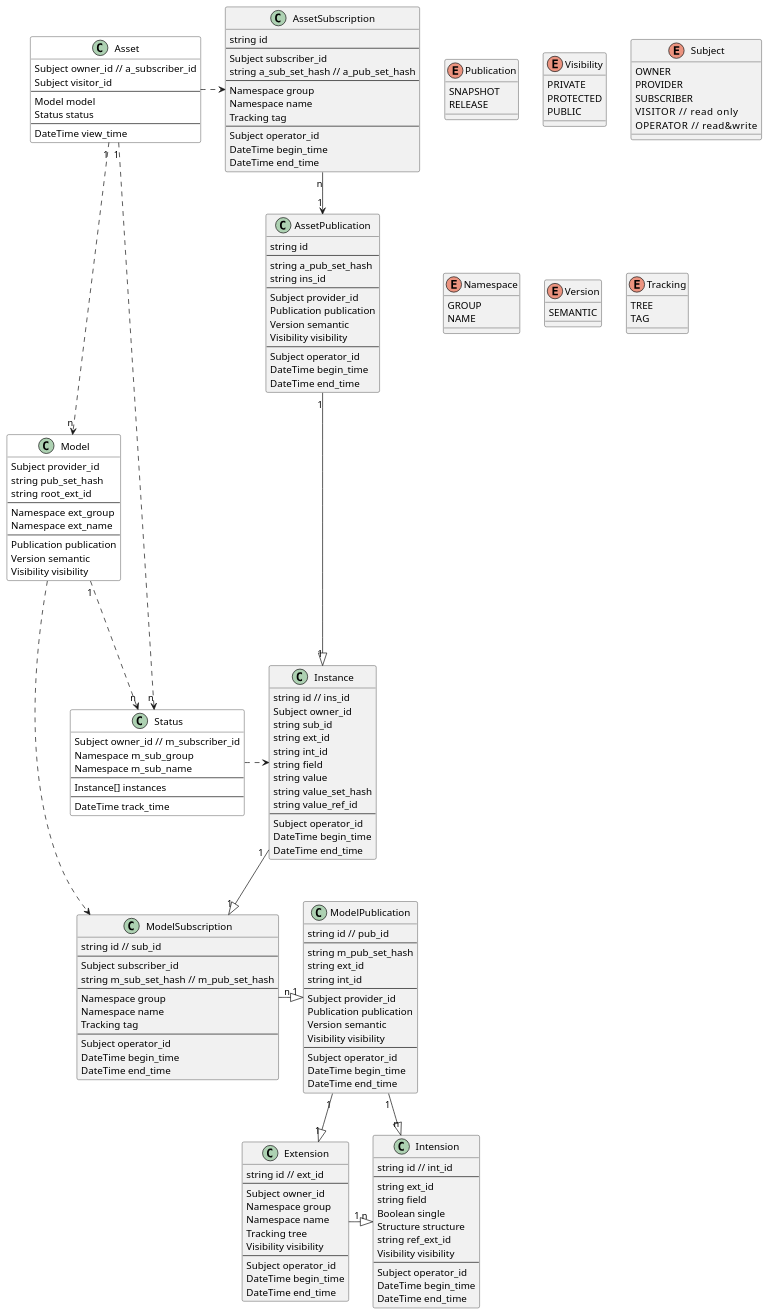
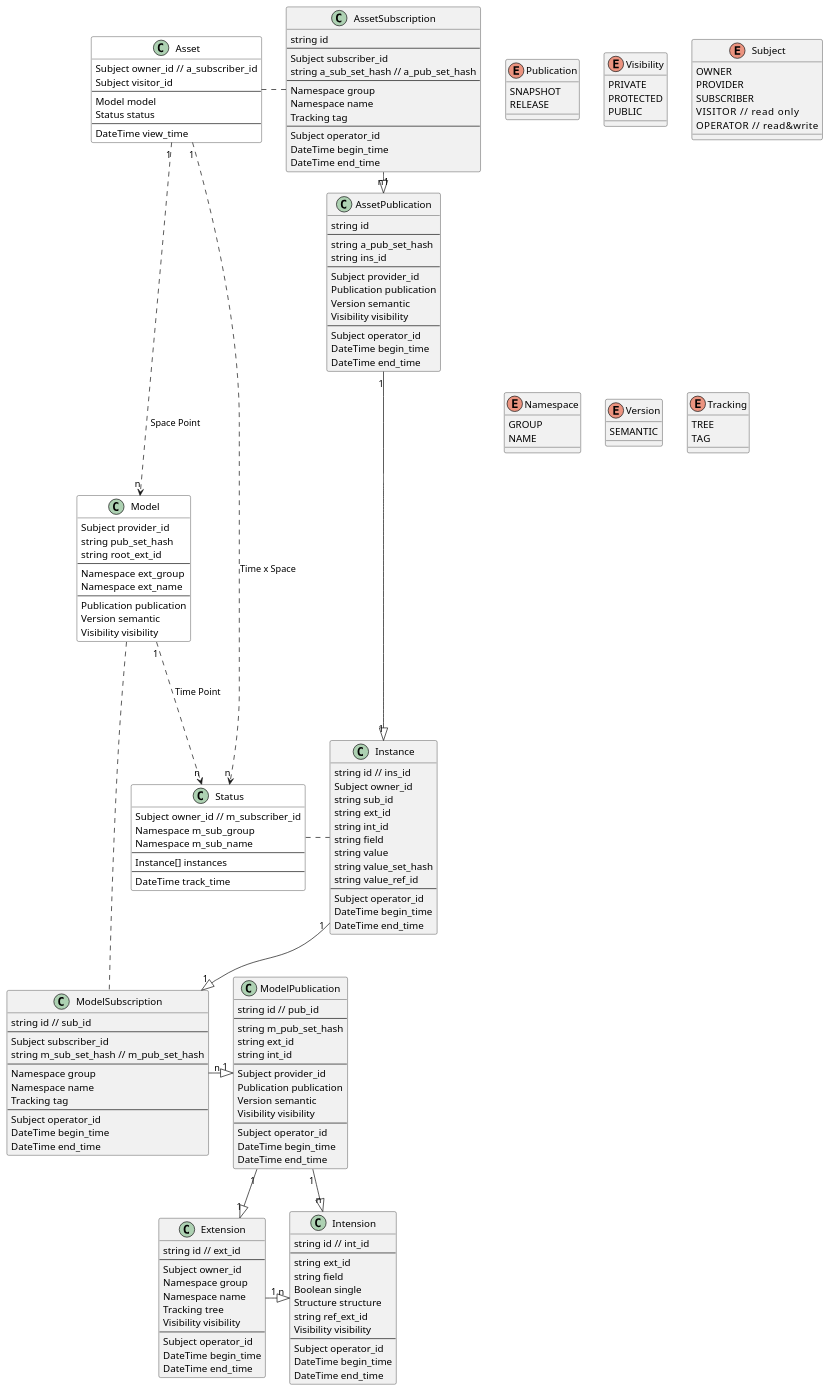
One commit to SINeWang/kiimate changed the diagram in metamate.puml. Above: the diagram before and after it, drawn with PlantUML.

Commit message:
update concept model

```diff
--- a/metamate.puml
+++ b/metamate.puml
@@ -3,15 +3,15 @@
 
 Instance "1" -down-|>  "1" ModelSubscription
 
-Asset .right..> AssetSubscription
+Asset .right.. AssetSubscription
 
-Status ..right.> Instance
+Status ..right.. Instance
 
-Model ..right.> ModelSubscription
+Model ..right.. ModelSubscription
 
-Asset "1" ...> "n" Model
-Asset "1" ...> "n" Status
-Model "1" ...> "n" Status
+Asset "1" ...> "n" Model : "Space Point"
+Asset "1" ...> "n" Status : "Time x Space"
+Model "1" ...> "n" Status : "Time Point"
 
 
 
@@ -24,7 +24,7 @@
 
 AssetPublication "1" -down-|> "1" Instance
 
-AssetSubscription "n" -right-> "1" AssetPublication
+AssetSubscription "n" -right-|> "1" AssetPublication
 
 
 
```
